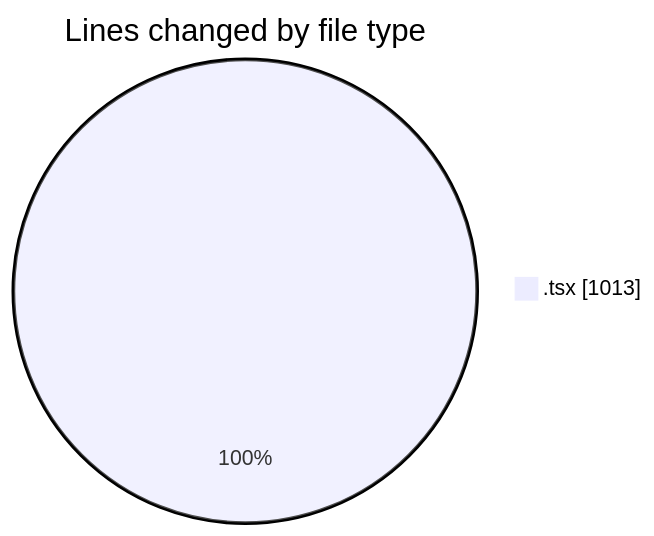
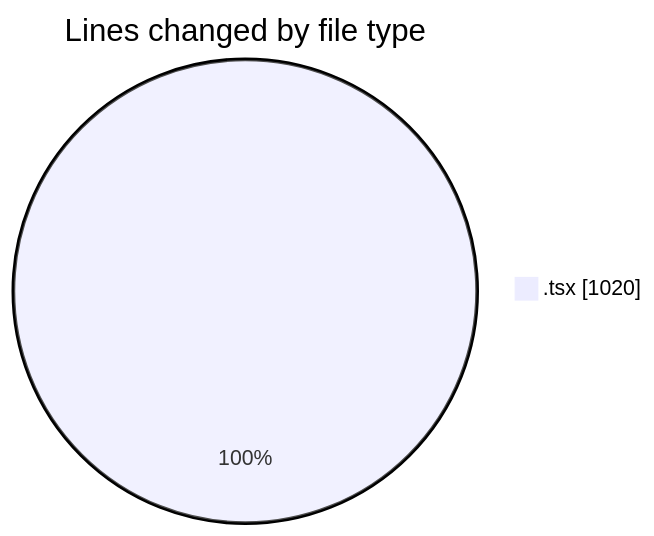
The first of 2 diagrams in 2025-03-20/cda/README.md (momahboobian/code-tracking), drawn with Mermaid before and after one commit. The commit also changed other lines of this file and 1 other file, not shown here.

````diff
--- a/2025-03-20/cda/README.md
+++ b/2025-03-20/cda/README.md
@@ -22,5 +22,5 @@
 ```mermaid
 pie showData
 title Lines changed by file type
-".tsx" : 1013
+".tsx" : 1020
 ```
````
